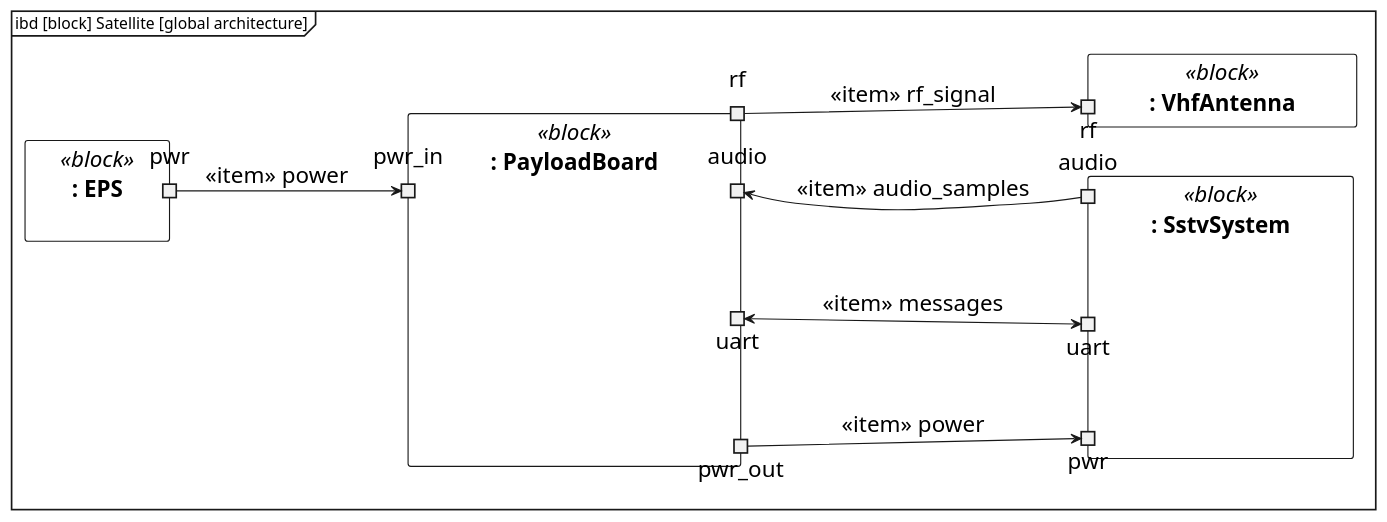
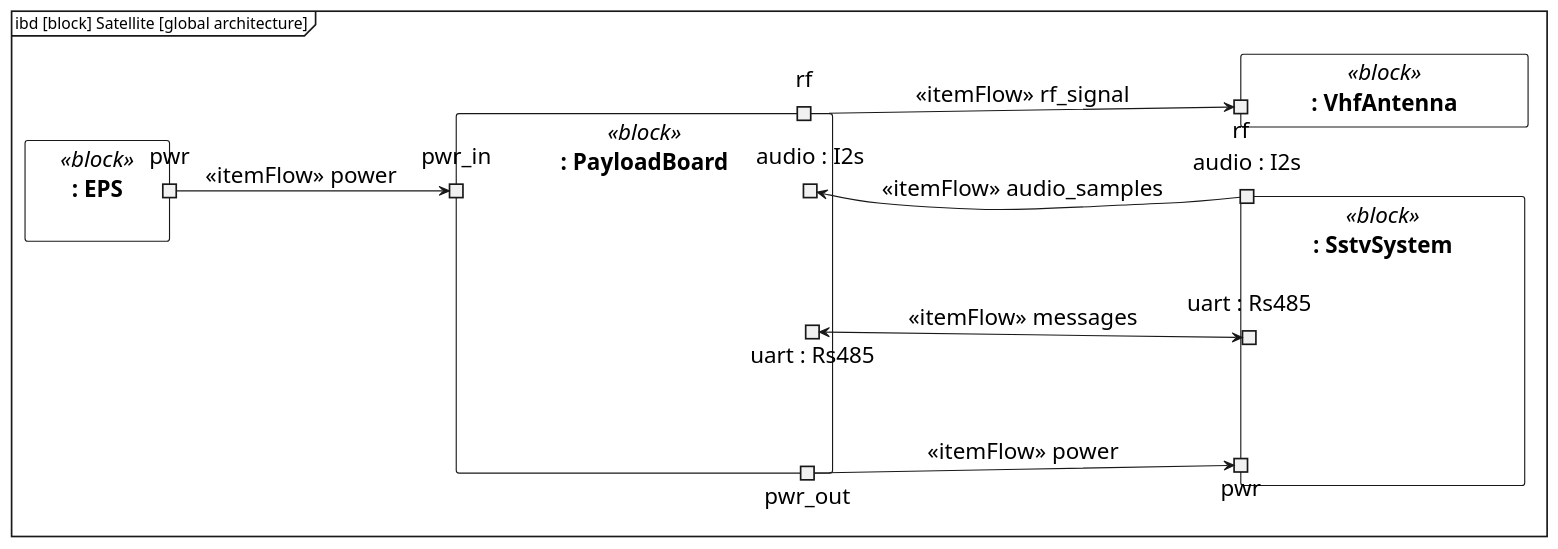
Before and after one commit to unexcellent/bachelor_thesis: the diagram in figures/hardware-global.puml, drawn with PlantUML. The commit also changed 5 other files, not shown here.

```diff
--- a/figures/hardware-global.puml
+++ b/figures/hardware-global.puml
@@ -1,34 +1,34 @@
 @startuml
 mainframe ibd [block] Satellite [global architecture]
 left to right direction
 skinparam componentStyle rectangle
 skinparam nodesep 45
 skinparam ranksep 50
 skinparam defaultFontName Helvetica Neue
 skinparam defaultFontSize 20
 
 component ": EPS" <<block>> as eps {
   portout "pwr" as eps_pwr
 }
 component ": PayloadBoard" <<block>> as pb {
   portin  "pwr_in"   as pb_pwrin
   portout "rf"      as pb_rf
   portout "pwr_out"  as pb_pwrout
-  portout "uart"     as pb_uart
-  portout "audio" as pb_audio
+  portout "uart : Rs485" as pb_uart
+  portout "audio : I2s"  as pb_audio
 }
 component ": SstvSystem" <<block>> as sstv {
-  portin "pwr"    as sstv_pwrin
-  portin "uart"     as sstv_uart
-  portin "audio" as sstv_audio
+  portin "pwr"          as sstv_pwrin
+  portin "uart : Rs485" as sstv_uart
+  portin "audio : I2s"  as sstv_audio
 }
 component ": VhfAntenna" <<block>> as ant {
   portin "rf" as ant_rf
 }
 
-eps_pwr   -down->  pb_pwrin   : «item» power
-pb_rf     -down->  ant_rf     : «item» rf_signal
-pb_pwrout -down->  sstv_pwrin : «item» power
-pb_uart   <-down->   sstv_uart  : «item» messages
-pb_audio  <-down-  sstv_audio : «item» audio_samples
+eps_pwr   -down->  pb_pwrin   : «itemFlow» power
+pb_rf     -down->  ant_rf     : «itemFlow» rf_signal
+pb_pwrout -down->  sstv_pwrin : «itemFlow» power
+pb_uart   <-down-> sstv_uart  : «itemFlow» messages
+pb_audio  <-down-  sstv_audio : «itemFlow» audio_samples
 @enduml
```
